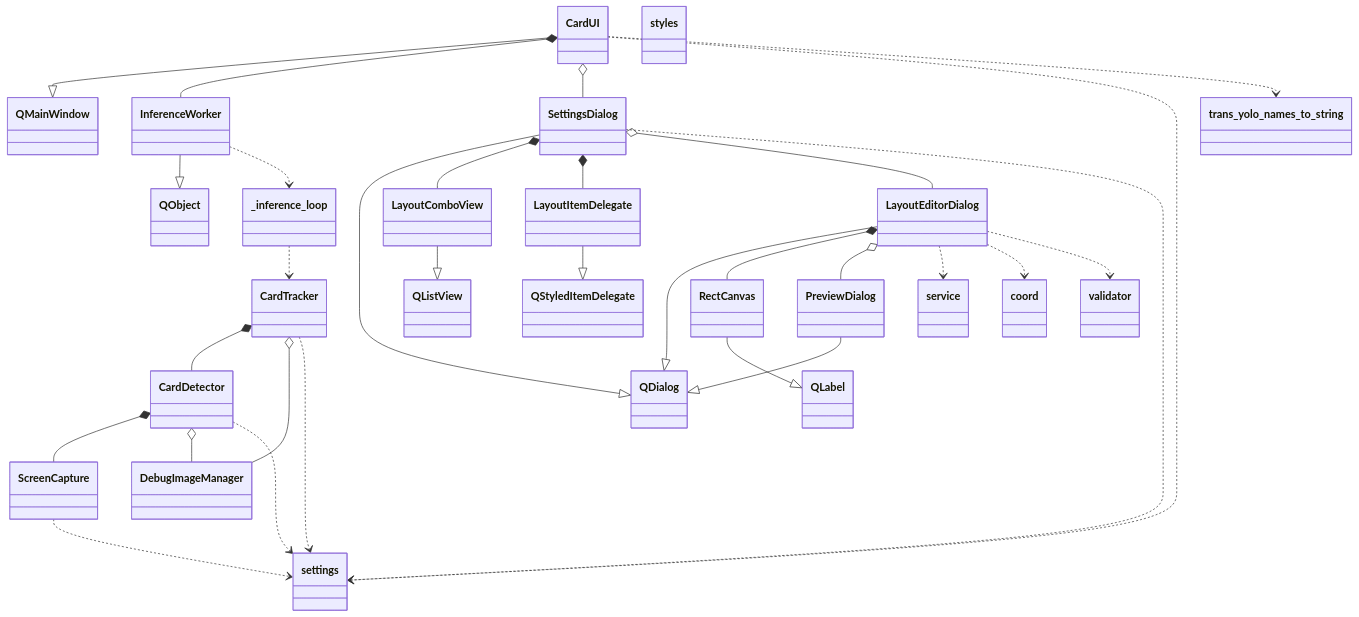
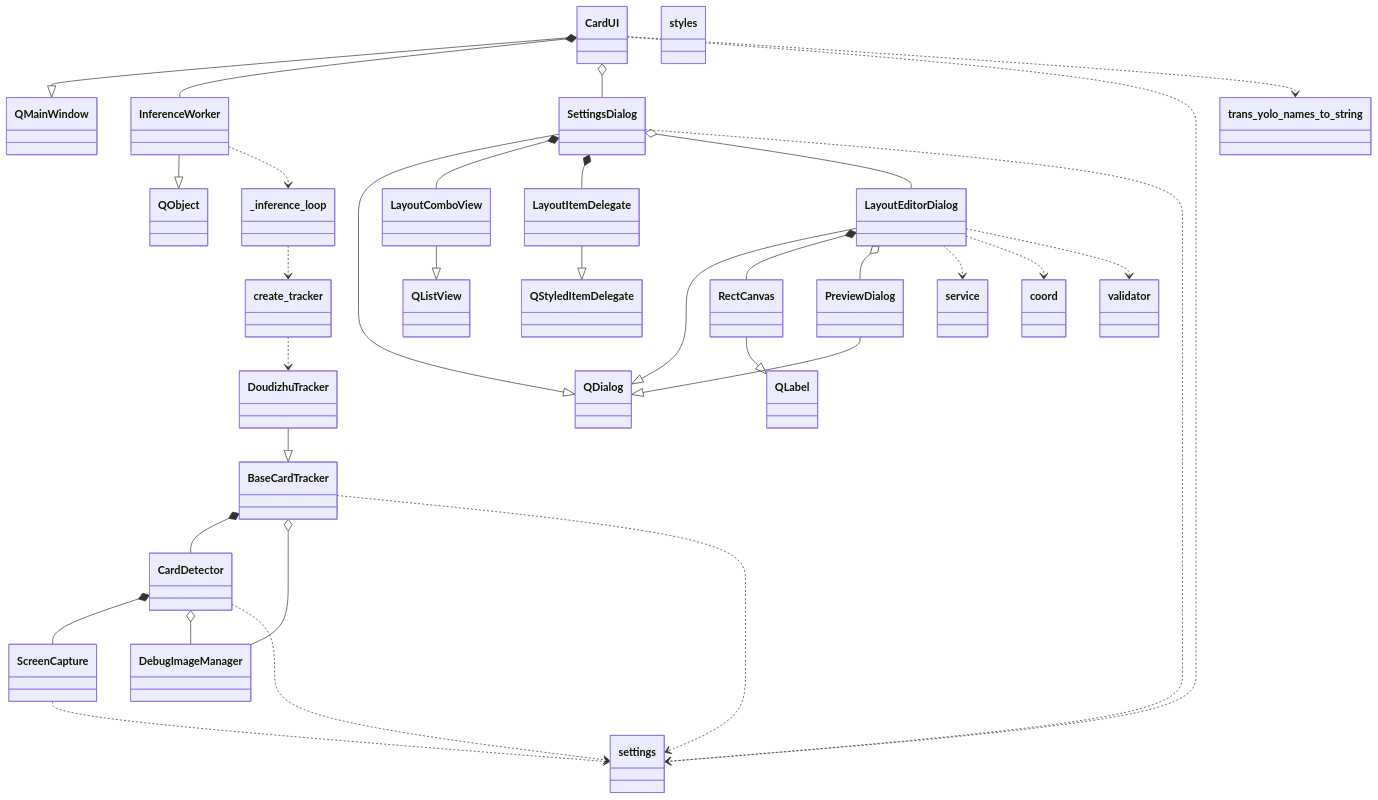
Before and after one commit to luckFan0519/han-card-tracker: the diagram in docs/class-diagram-overview.md, drawn with Mermaid. The commit also changed other lines of this file and 14 other files, not shown here.

````diff
--- a/docs/class-diagram-overview.md
+++ b/docs/class-diagram-overview.md
@@ -5,71 +5,77 @@
 ```mermaid
 classDiagram
     direction TB
 
     %% ========== UI 层 ==========
     class CardUI
     class SettingsDialog
     class LayoutEditorDialog
     class RectCanvas
     class PreviewDialog
     class LayoutItemDelegate
     class LayoutComboView
 
     %% ========== 推理层 ==========
     class InferenceWorker
     class _inference_loop
 
     %% ========== 核心层 ==========
-    class CardTracker
+    class BaseCardTracker
+    class DoudizhuTracker
+    class create_tracker
     class CardDetector
     class ScreenCapture
     class DebugImageManager
 
     %% ========== 配置层 ==========
     class settings
 
     %% ========== 工具层 ==========
     class coord
     class service
     class validator
     class trans_yolo_names_to_string
     class styles
 
     %% ========== 继承 ==========
     CardUI --|> QMainWindow
     SettingsDialog --|> QDialog
     LayoutEditorDialog --|> QDialog
     PreviewDialog --|> QDialog
     RectCanvas --|> QLabel
     InferenceWorker --|> QObject
     LayoutItemDelegate --|> QStyledItemDelegate
     LayoutComboView --|> QListView
 
     %% ========== 组合（创建并持有） ==========
     CardUI *-- InferenceWorker
     LayoutEditorDialog *-- RectCanvas
     SettingsDialog *-- LayoutComboView
     SettingsDialog *-- LayoutItemDelegate
-    CardTracker *-- CardDetector
+    BaseCardTracker *-- CardDetector
     CardDetector *-- ScreenCapture
 
     %% ========== 聚合（按需创建/共享单例） ==========
     CardUI o-- SettingsDialog
     SettingsDialog o-- LayoutEditorDialog
     LayoutEditorDialog o-- PreviewDialog
-    CardTracker o-- DebugImageManager
+    BaseCardTracker o-- DebugImageManager
     CardDetector o-- DebugImageManager
+
+    %% ========== 继承 ==========
+    DoudizhuTracker --|> BaseCardTracker
 
     %% ========== 依赖 ==========
     CardUI ..> settings
     CardUI ..> trans_yolo_names_to_string
     SettingsDialog ..> settings
     LayoutEditorDialog ..> service
     LayoutEditorDialog ..> coord
     LayoutEditorDialog ..> validator
     InferenceWorker ..> _inference_loop
-    _inference_loop ..> CardTracker
-    CardTracker ..> settings
+    _inference_loop ..> create_tracker
+    create_tracker ..> DoudizhuTracker
+    BaseCardTracker ..> settings
     CardDetector ..> settings
     ScreenCapture ..> settings
 ```
````
